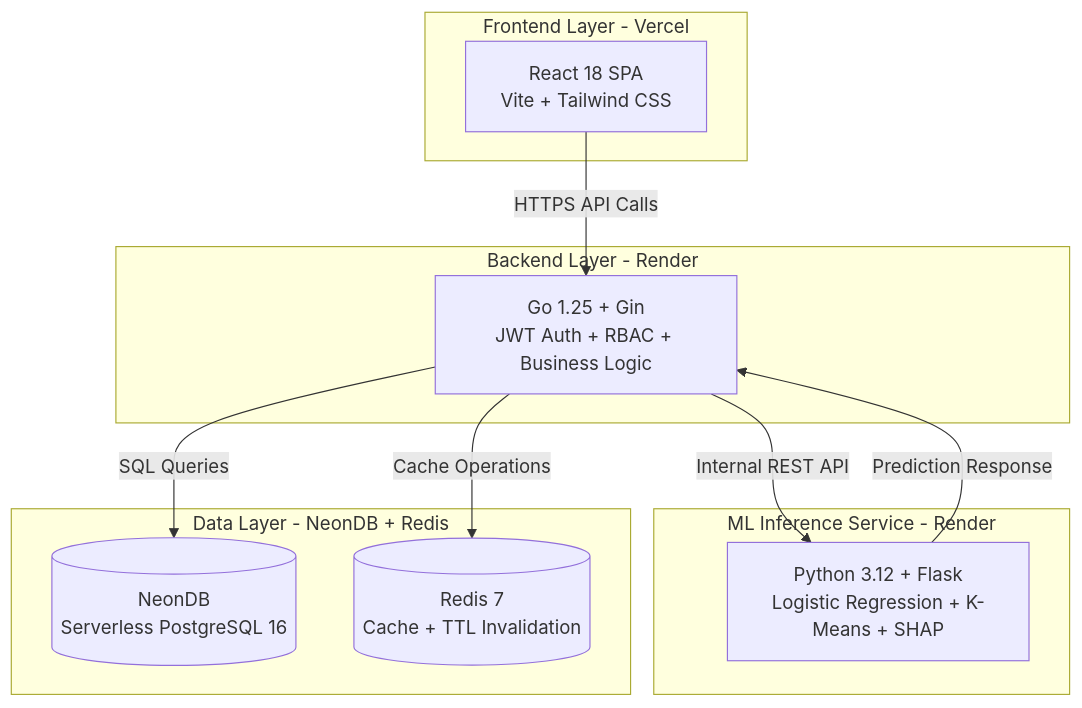
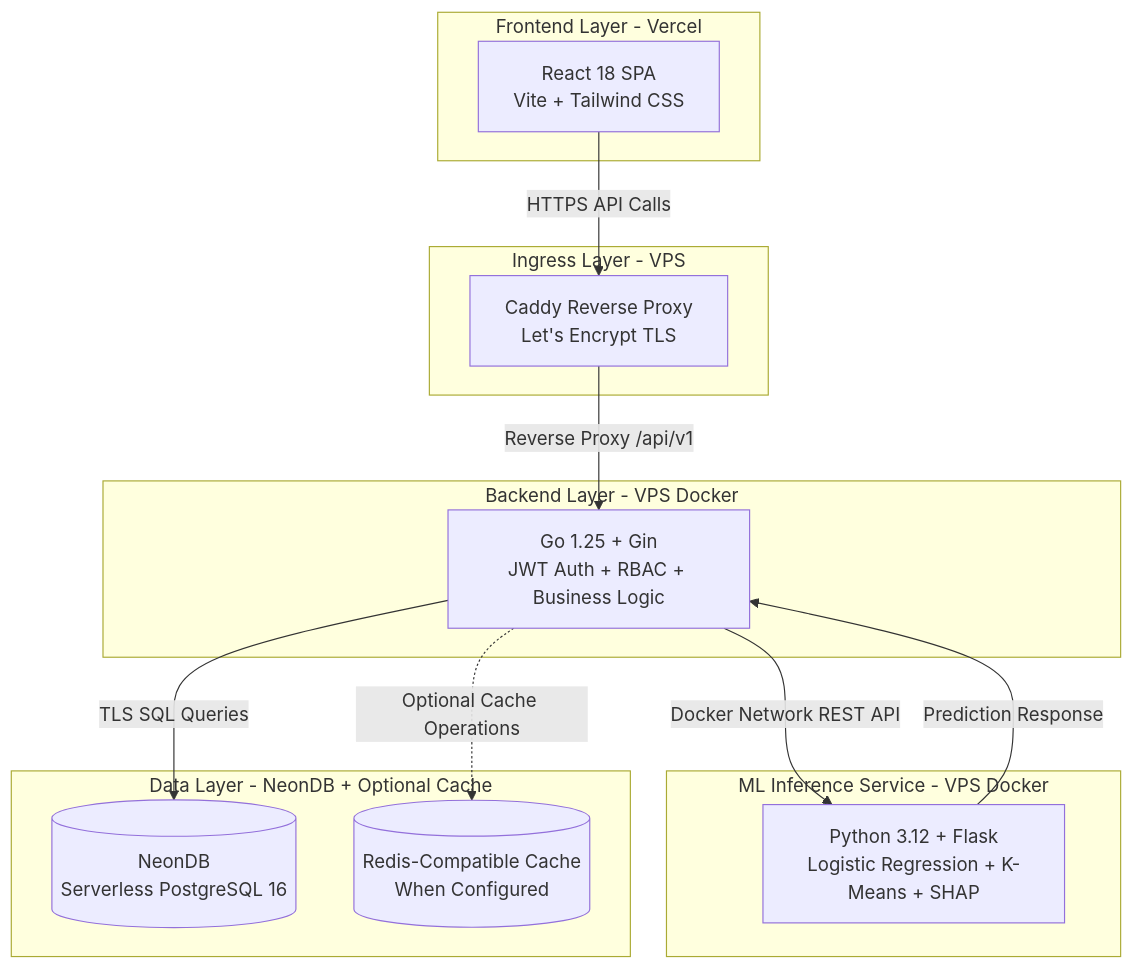
Before and after one commit to Skufu/DianaV2: the fifth of 7 diagrams in docs/07-research/thesis-drafts/ch3+4.md, drawn with Mermaid. The commit also changed other lines of this file and 46 other files, not shown here.

````diff
--- a/docs/07-research/thesis-drafts/ch3+4.md
+++ b/docs/07-research/thesis-drafts/ch3+4.md
@@ -669,25 +677,30 @@
 ```mermaid
 flowchart TB
     subgraph Frontend["Frontend Layer - Vercel"]
         A[React 18 SPA<br/>Vite + Tailwind CSS]
     end
 
-    subgraph Backend["Backend Layer - Render"]
+    subgraph Proxy["Ingress Layer - VPS"]
+        P[Caddy Reverse Proxy<br/>Let's Encrypt TLS]
+    end
+
+    subgraph Backend["Backend Layer - VPS Docker"]
         B[Go 1.25 + Gin<br/>JWT Auth + RBAC + Business Logic]
     end
 
-    subgraph ML["ML Inference Service - Render"]
+    subgraph ML["ML Inference Service - VPS Docker"]
         C[Python 3.12 + Flask<br/>Logistic Regression + K-Means + SHAP]
     end
 
-    subgraph Data["Data Layer - NeonDB + Redis"]
+    subgraph Data["Data Layer - NeonDB + Optional Cache"]
         D[(NeonDB<br/>Serverless PostgreSQL 16)]
-        E[(Redis 7<br/>Cache + TTL Invalidation)]
+        E[(Redis-Compatible Cache<br/>When Configured)]
     end
 
-    A -->|HTTPS API Calls| B
-    B -->|Internal REST API| C
+    A -->|HTTPS API Calls| P
+    P -->|Reverse Proxy /api/v1| B
+    B -->|Docker Network REST API| C
     C -->|Prediction Response| B
-    B -->|SQL Queries| D
-    B -->|Cache Operations| E
+    B -->|TLS SQL Queries| D
+    B -.->|Optional Cache Operations| E
 ```
````
